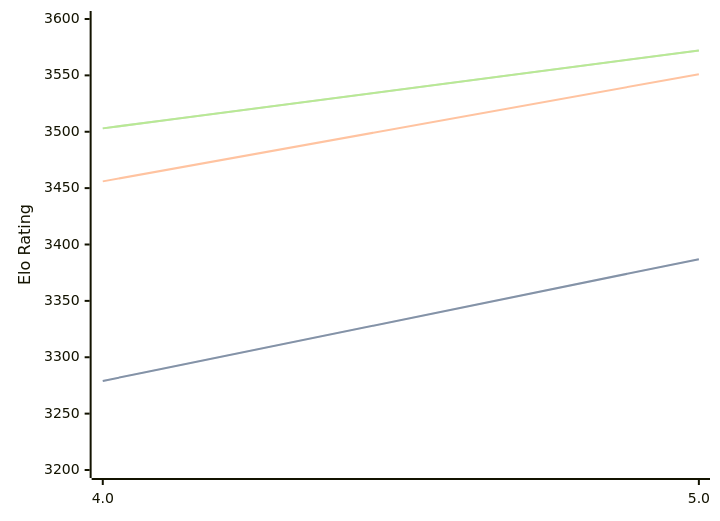
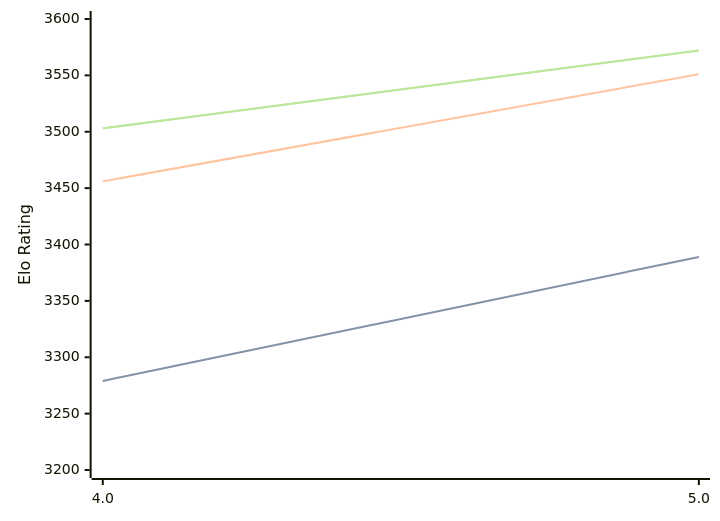
The diagram in engines/Tarnished.md (computer-chess-index/cci), drawn with Mermaid before and after one commit. The commit also changed other lines of this file, not shown here.

Commit message:
Update CCI Ratings (ELO VLTC) - 2026-04-04

````diff
--- a/engines/Tarnished.md
+++ b/engines/Tarnished.md
@@ -36,11 +36,11 @@
 ```mermaid
 %%{init: {"theme":"base","themeVariables":{"seriesColors:['#a3a3a3','#222221','#faa371']}}}%%
 xychart-beta
   x-axis ["4.0", "5.0"]
   y-axis "Elo Rating" 3200 --> 3600
-  line "STC (8.0+0.08s)" [3279, 3387]
-  line "STC (8.0+0.08s)" [3279, 3387]
+  line "STC (8.0+0.08s)" [3279, 3389]
+  line "STC (8.0+0.08s)" [3279, 3389]
   line "LTC (60.0+0.60s)" [3456, 3551]
   line "VLTC (2m24s+1.12s)" [3503, 3572]
   line "VLTC (2m24s+1.12s)" [3503, 3572]
 ```
````
